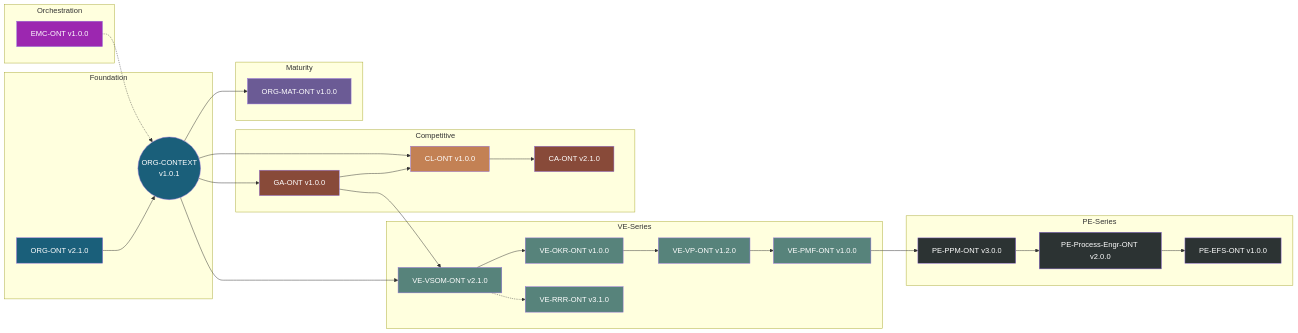
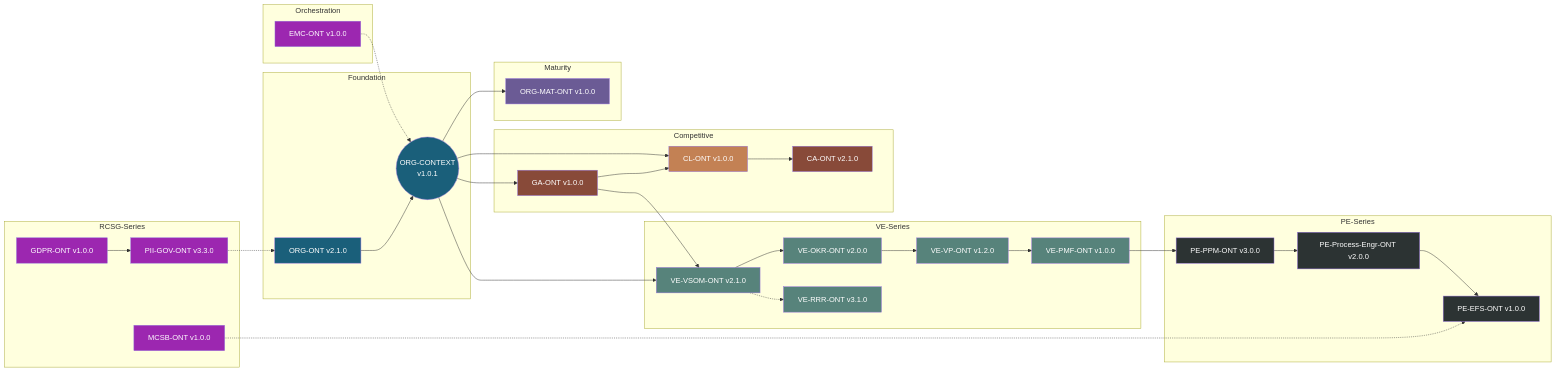
Before and after one commit to ajrmooreuk/Azlan-EA-AAA: diagram 16 of 17 in PBS/ONTOLOGIES/ONTOLOGY-ARCHITECTURE.md, drawn with Mermaid. The commit also changed other lines of this file and 1 other file, not shown here.

First line of the commit message:
Update architecture docs with RCSG-Series and OKR v2.0.0

````diff
--- a/PBS/ONTOLOGIES/ONTOLOGY-ARCHITECTURE.md
+++ b/PBS/ONTOLOGIES/ONTOLOGY-ARCHITECTURE.md
@@ -895,7 +933,7 @@
 
     subgraph "VE-Series"
         VSOM[VE-VSOM-ONT v2.1.0]
-        OKR[VE-OKR-ONT v1.0.0]
+        OKR[VE-OKR-ONT v2.0.0]
         VP[VE-VP-ONT v1.2.0]
         RRR[VE-RRR-ONT v3.1.0]
         PMF[VE-PMF-ONT v1.0.0]
@@ -915,6 +953,12 @@
         PPM[PE-PPM-ONT v3.0.0]
         PE[PE-Process-Engr-ONT v2.0.0]
         EFS[PE-EFS-ONT v1.0.0]
+    end
+
+    subgraph "RCSG-Series"
+        GDPR[GDPR-ONT v1.0.0]
+        PII_G[PII-GOV-ONT v3.3.0]
+        MCSB_S[MCSB-ONT v1.0.0]
     end
 
     EMC -.-> CTX
@@ -937,6 +981,10 @@
     PPM --> PE
     PE --> EFS
 
+    GDPR --> PII_G
+    PII_G -.-> ORG
+    MCSB_S -.-> EFS
+
     style EMC fill:#9c27b0,color:#fff
     style ORG fill:#1a5f7a,color:#fff
     style CTX fill:#1a5f7a,color:#fff
@@ -952,4 +1000,7 @@
     style PPM fill:#2c3333,color:#fff
     style PE fill:#2c3333,color:#fff
     style EFS fill:#2c3333,color:#fff
+    style GDPR fill:#9c27b0,color:#fff
+    style PII_G fill:#9c27b0,color:#fff
+    style MCSB_S fill:#9c27b0,color:#fff
 ```
````
